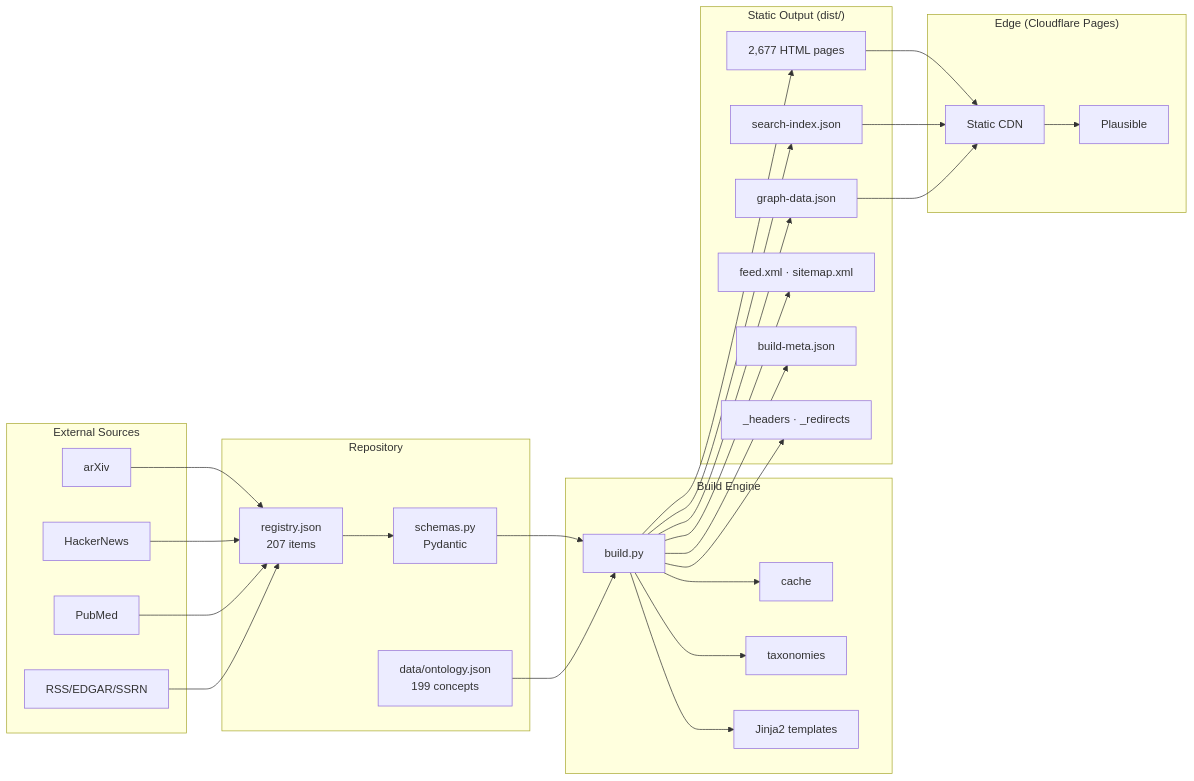
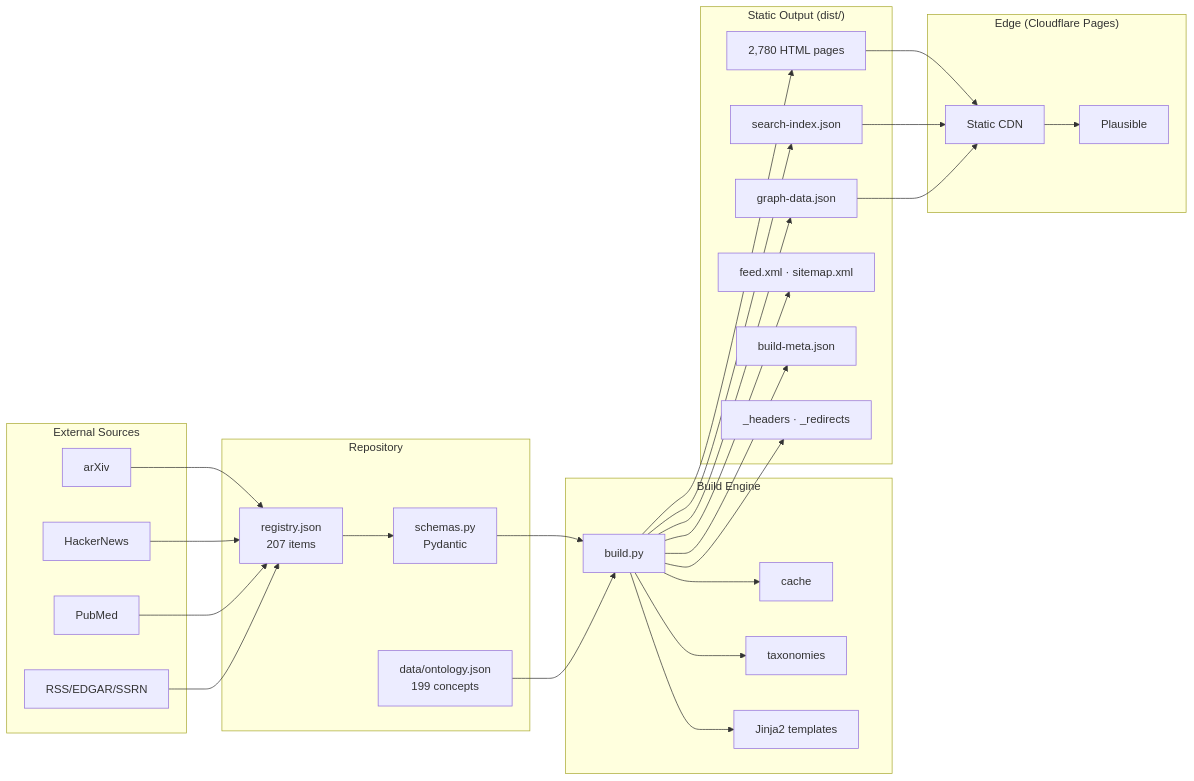
The diagram in SYSTEM_ARCHITECTURE.md (goneraleszek2-ship-it/acaciafund), drawn with Mermaid before and after one commit. The commit also changed other lines of this file and 4 other files, not shown here.

````diff
--- a/SYSTEM_ARCHITECTURE.md
+++ b/SYSTEM_ARCHITECTURE.md
@@ -60,57 +60,57 @@
 ```mermaid
 flowchart LR
     subgraph Sources["External Sources"]
         ARX[arXiv]
         HN[HackerNews]
         PM[PubMed]
         RSS[RSS/EDGAR/SSRN]
     end
 
     subgraph Repo["Repository"]
         REG[registry.json<br/>207 items]
         SCHEMA[schemas.py<br/>Pydantic]
         ONT[data/ontology.json<br/>199 concepts]
     end
 
     subgraph Build["Build Engine"]
         BP[build.py]
         BC[cache]
         BT[taxonomies]
         TEMPLATES[Jinja2 templates]
     end
 
     subgraph Out["Static Output (dist/)"]
-        HTML[2,677 HTML pages]
+        HTML[2,780 HTML pages]
         IDX[search-index.json]
         GRAPH[graph-data.json]
         FEED[feed.xml · sitemap.xml]
         META[build-meta.json]
         SEC[_headers · _redirects]
     end
 
     subgraph Edge["Edge (Cloudflare Pages)"]
         CDN[Static CDN]
         PL[Plausible]
     end
 
     ARX --> REG
     HN --> REG
     PM --> REG
     RSS --> REG
     REG --> SCHEMA
     SCHEMA --> BP
     ONT --> BP
     BP --> BC
     BP --> BT
     BP --> TEMPLATES
     BP --> HTML
     BP --> IDX
     BP --> GRAPH
     BP --> FEED
     BP --> META
     BP --> SEC
     HTML --> CDN
     IDX --> CDN
     GRAPH --> CDN
     CDN --> PL
 ```
````
